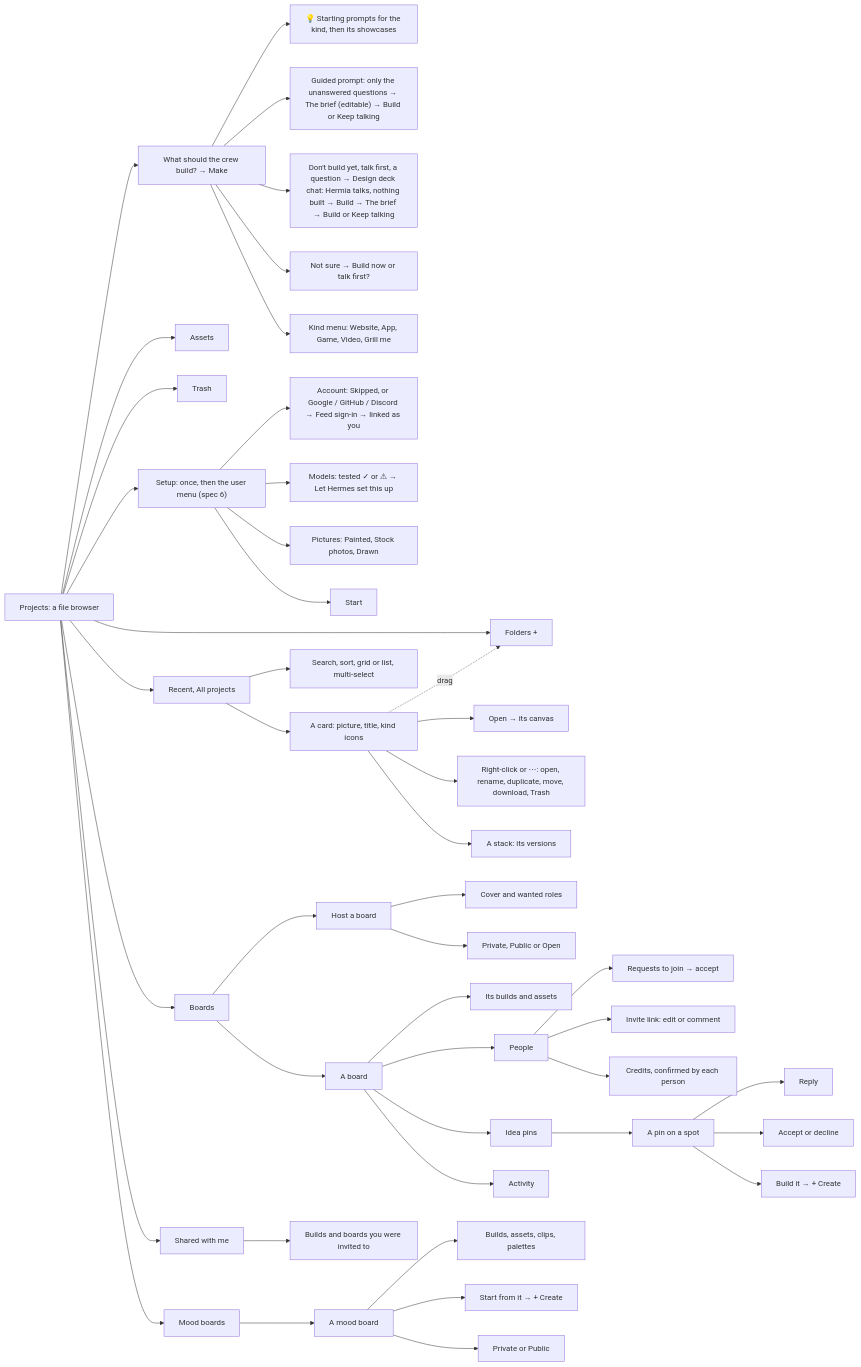
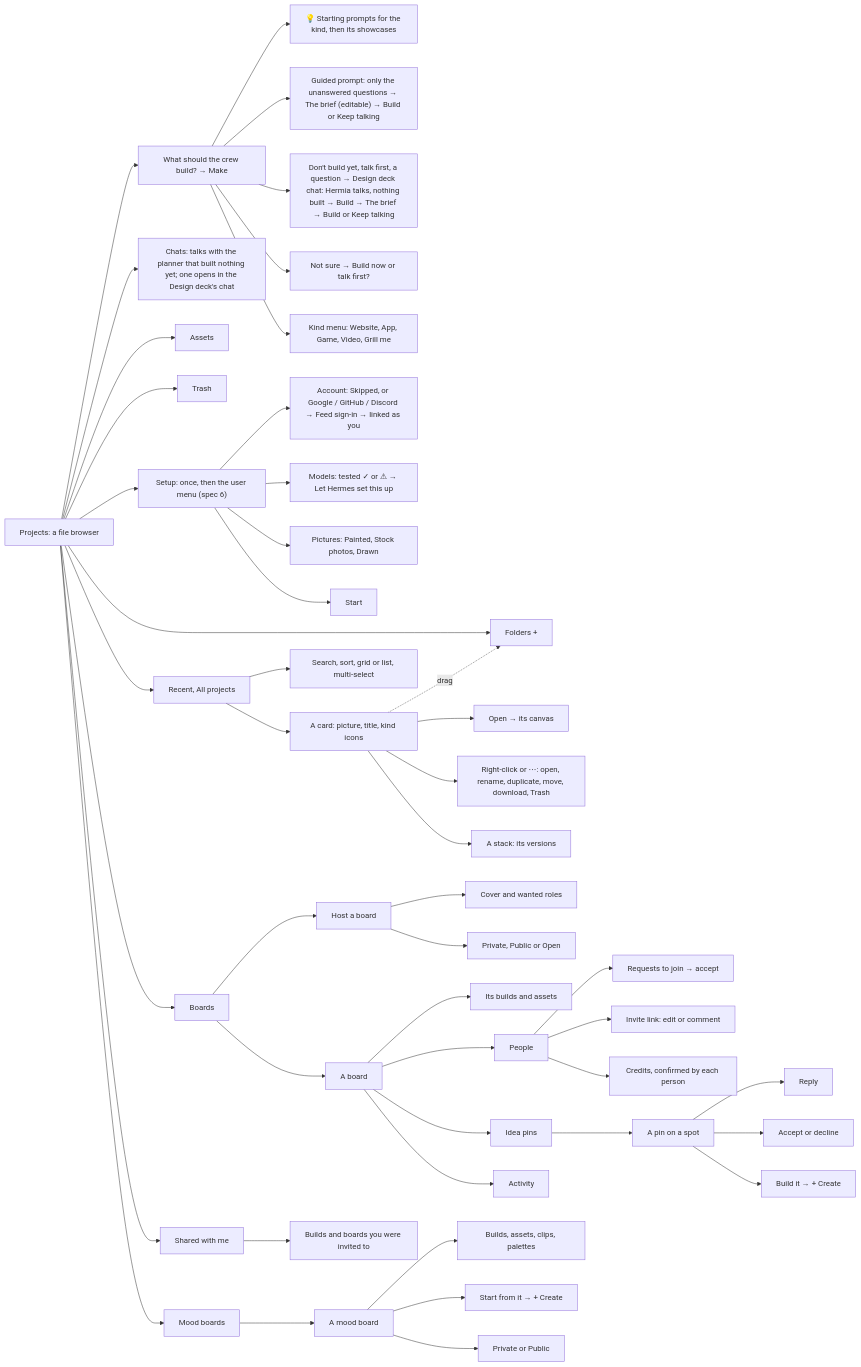
Before and after one commit to Pukujan/swarm-studio: the seventh of 26 diagrams in docs/ux/SITEMAP.md, drawn with Mermaid. The commit also changed 11 other files, not shown here.

Commit message:
Chats: talks with the planner live in their own store and move into the project on build (spec 29 slice 1)

````diff
--- a/docs/ux/SITEMAP.md
+++ b/docs/ux/SITEMAP.md
@@ -193,47 +193,48 @@
 ```mermaid
 flowchart LR
   PROJ[Projects: a file browser] --> MB["Recent, All projects"]
+  PROJ --> CH["Chats: talks with the planner that built nothing yet; one opens in the Design deck's chat"]
   PROJ --> AS[Assets]
   PROJ --> TR[Trash]
   PROJ --> FO["Folders +"]
   PROJ --> ASK["What should the crew build? → Make"]
   ASK --> SC["💡 Starting prompts for the kind, then its showcases"]
   ASK --> GR["Guided prompt: only the unanswered questions → The brief (editable) → Build or Keep talking"]
   ASK --> TK["Don't build yet, talk first, a question → Design deck chat: Hermia talks, nothing built → Build → The brief → Build or Keep talking"]
   ASK --> TU["Not sure → Build now or talk first?"]
   ASK --> KM["Kind menu: Website, App, Game, Video, Grill me"]
   PROJ --> BD[Boards]
   PROJ --> MO[Mood boards]
   PROJ --> SW[Shared with me]
   PROJ --> SU["Setup: once, then the user menu (spec 6)"]
   SU --> SU0["Account: Skipped, or Google / GitHub / Discord → Feed sign-in → linked as you"]
   SU --> SU1["Models: tested ✓ or ⚠ → Let Hermes set this up"]
   SU --> SU2["Pictures: Painted, Stock photos, Drawn"]
   SU --> SU3[Start]
   MB --> ST["A card: picture, title, kind icons"]
   MB --> MS["Search, sort, grid or list, multi-select"]
   ST --> ORB["Open → its canvas"]
   ST --> RM["Right-click or ⋯: open, rename, duplicate, move, download, Trash"]
   ST --> VS["A stack: its versions"]
   ST -.->|drag| FO
   BD --> BO[A board]
   BD --> BN[Host a board]
   BN --> BN1["Cover and wanted roles"]
   BN --> BN2["Private, Public or Open"]
   BO --> BW["Its builds and assets"]
   BO --> BP[People]
   BO --> BI[Idea pins]
   BO --> BA[Activity]
   BP --> BP1["Requests to join → accept"]
   BP --> BP2["Invite link: edit or comment"]
   BP --> BP3["Credits, confirmed by each person"]
   BI --> PIN[A pin on a spot]
   PIN --> PIN1[Reply]
   PIN --> PIN2[Accept or decline]
   PIN --> PIN3["Build it → + Create"]
   MO --> MOB[A mood board]
   MOB --> MOI["Builds, assets, clips, palettes"]
   MOB --> MOS["Start from it → + Create"]
   MOB --> MOV["Private or Public"]
   SW --> SWB["Builds and boards you were invited to"]
 ```
````
